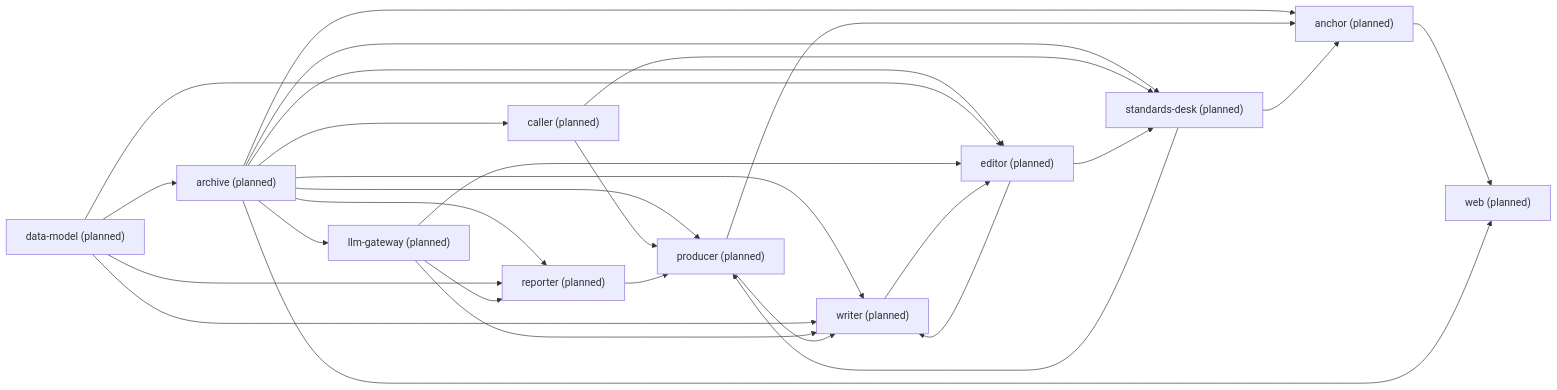
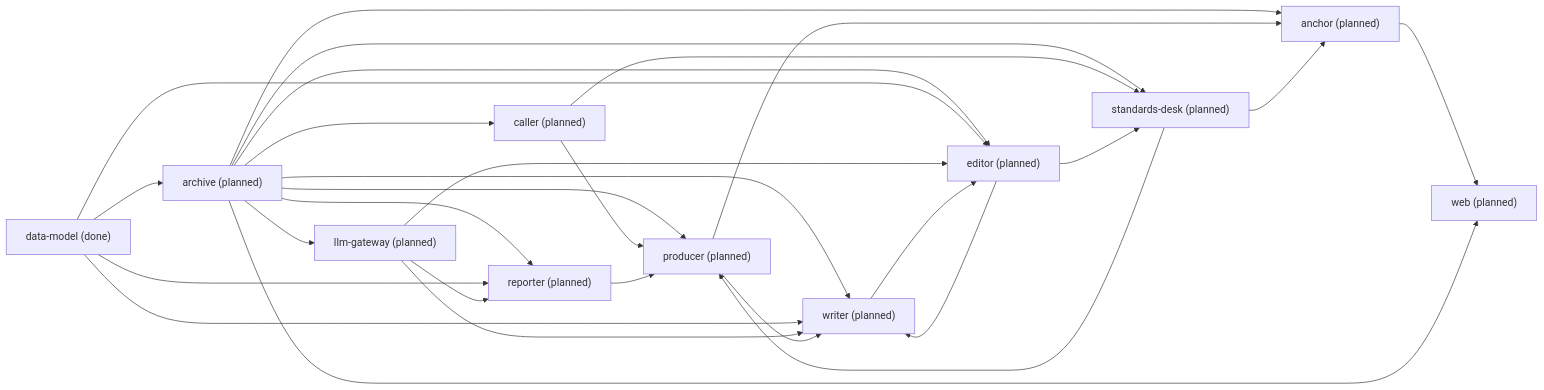
Before and after one commit to Yadnu/newsroom: the diagram in context/GRAPH.md, drawn with Mermaid. The commit also changed other lines of this file and 19 other files, not shown here.

First line of the commit message:
data-model: 8 tables, first Alembic migration, HNSW indexes (task 1.1)

````diff
--- a/context/GRAPH.md
+++ b/context/GRAPH.md
@@ -30,41 +30,41 @@
 ```mermaid
 flowchart LR
   anchor["anchor (planned)"]
   archive["archive (planned)"]
   caller["caller (planned)"]
-  data_model["data-model (planned)"]
+  data_model["data-model (done)"]
   editor["editor (planned)"]
   llm_gateway["llm-gateway (planned)"]
   producer["producer (planned)"]
   reporter["reporter (planned)"]
   standards_desk["standards-desk (planned)"]
   web["web (planned)"]
   writer["writer (planned)"]
   anchor --> web
   archive --> anchor
   archive --> caller
   archive --> editor
   archive --> llm_gateway
   archive --> producer
   archive --> reporter
   archive --> standards_desk
   archive --> web
   archive --> writer
   caller --> producer
   caller --> standards_desk
   data_model --> archive
   data_model --> editor
   data_model --> reporter
   data_model --> writer
   editor --> standards_desk
   editor --> writer
   llm_gateway --> editor
   llm_gateway --> reporter
   llm_gateway --> writer
   producer --> anchor
   producer --> writer
   reporter --> producer
   standards_desk --> anchor
   standards_desk --> producer
   writer --> editor
 ```
````
